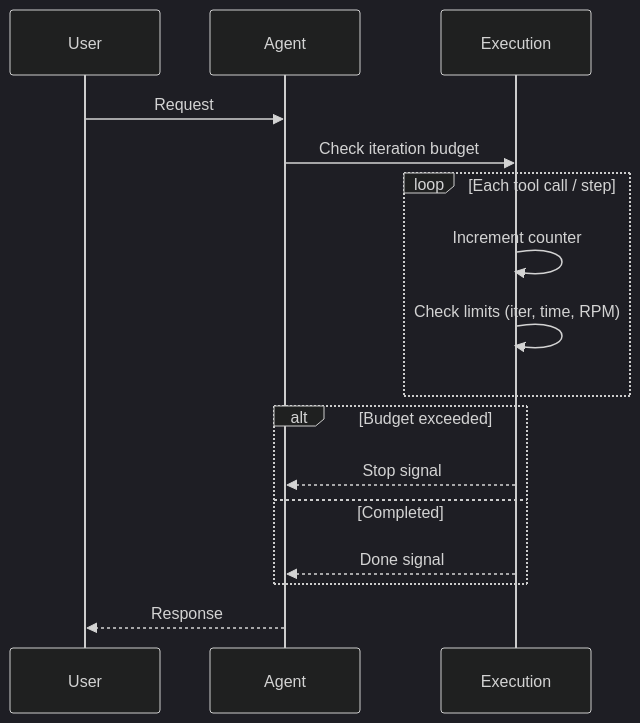
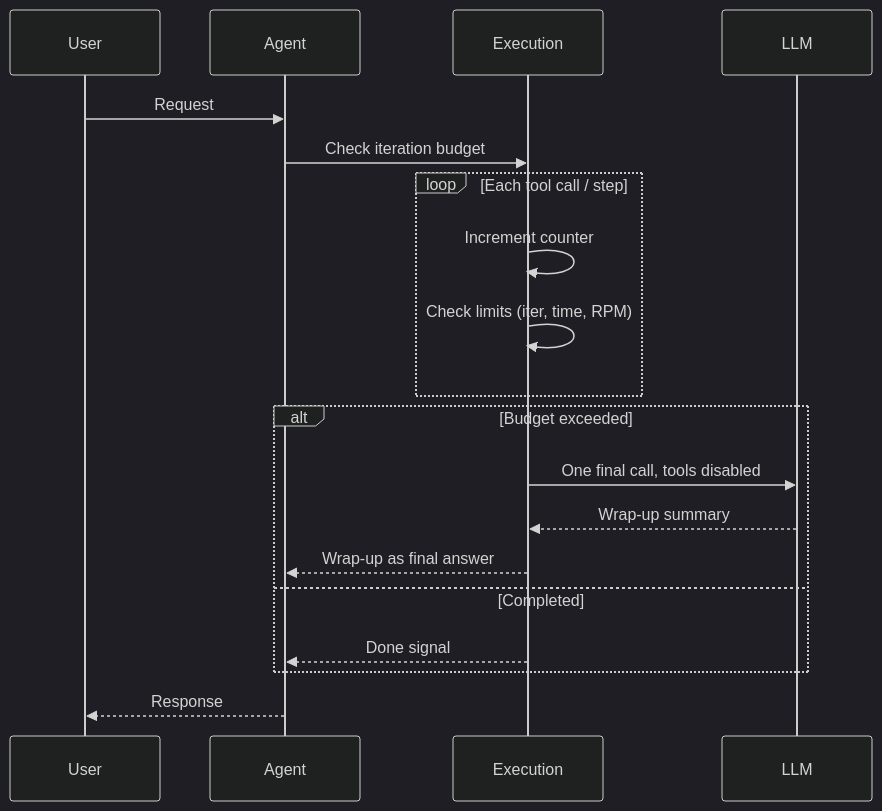
Before and after one commit to MervinPraison/PraisonAIDocs: the third of 3 diagrams in docs/features/execution.mdx, drawn with Mermaid (dark theme). The commit also changed other lines of this file and 2 other files, not shown here.

First line of the commit message:
docs: update max_iter step-limit wrap-up behaviour (fixes #1450)

````diff
--- a/docs/features/execution.mdx
+++ b/docs/features/execution.mdx
@@ -95,19 +95,22 @@
 ```mermaid
 sequenceDiagram
     participant User
     participant Agent
     participant Execution
+    participant LLM
 
     User->>Agent: Request
     Agent->>Execution: Check iteration budget
     loop Each tool call / step
         Execution->>Execution: Increment counter
         Execution->>Execution: Check limits (iter, time, RPM)
     end
     alt Budget exceeded
-        Execution-->>Agent: Stop signal
+        Execution->>LLM: One final call, tools disabled
+        LLM-->>Execution: Wrap-up summary
+        Execution-->>Agent: Wrap-up as final answer
     else Completed
         Execution-->>Agent: Done signal
     end
     Agent-->>User: Response
 ```
````
